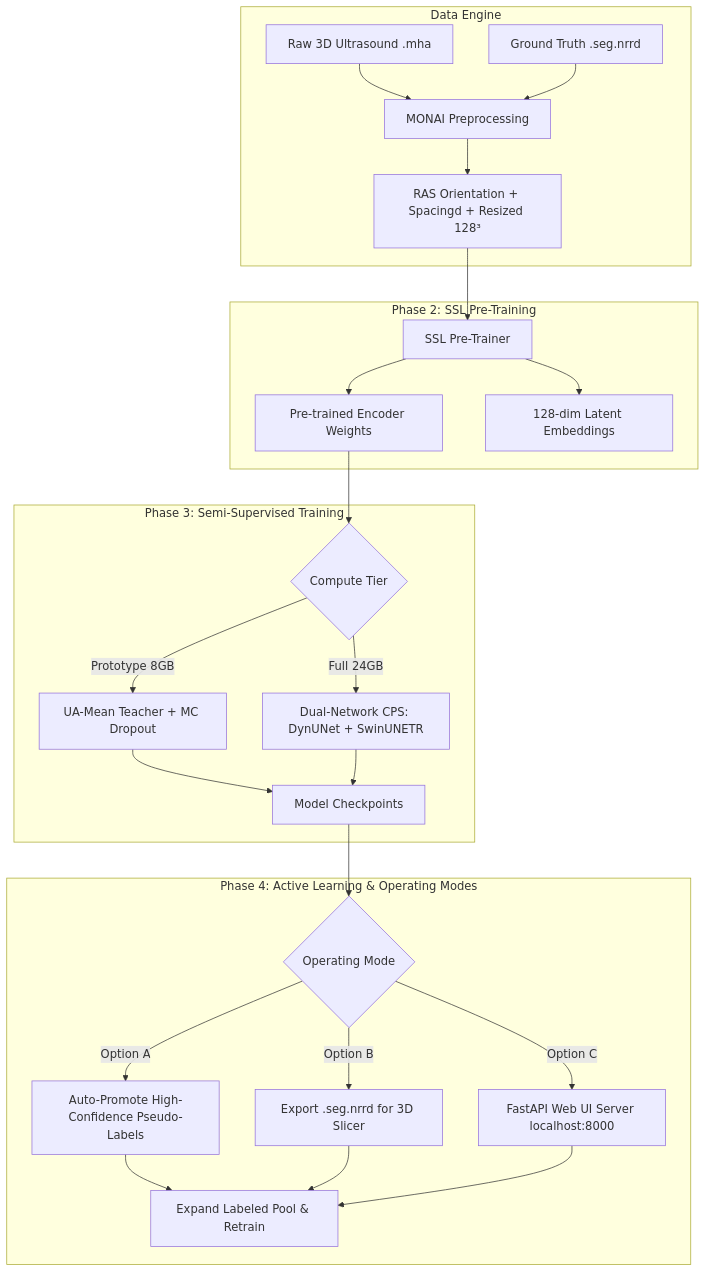
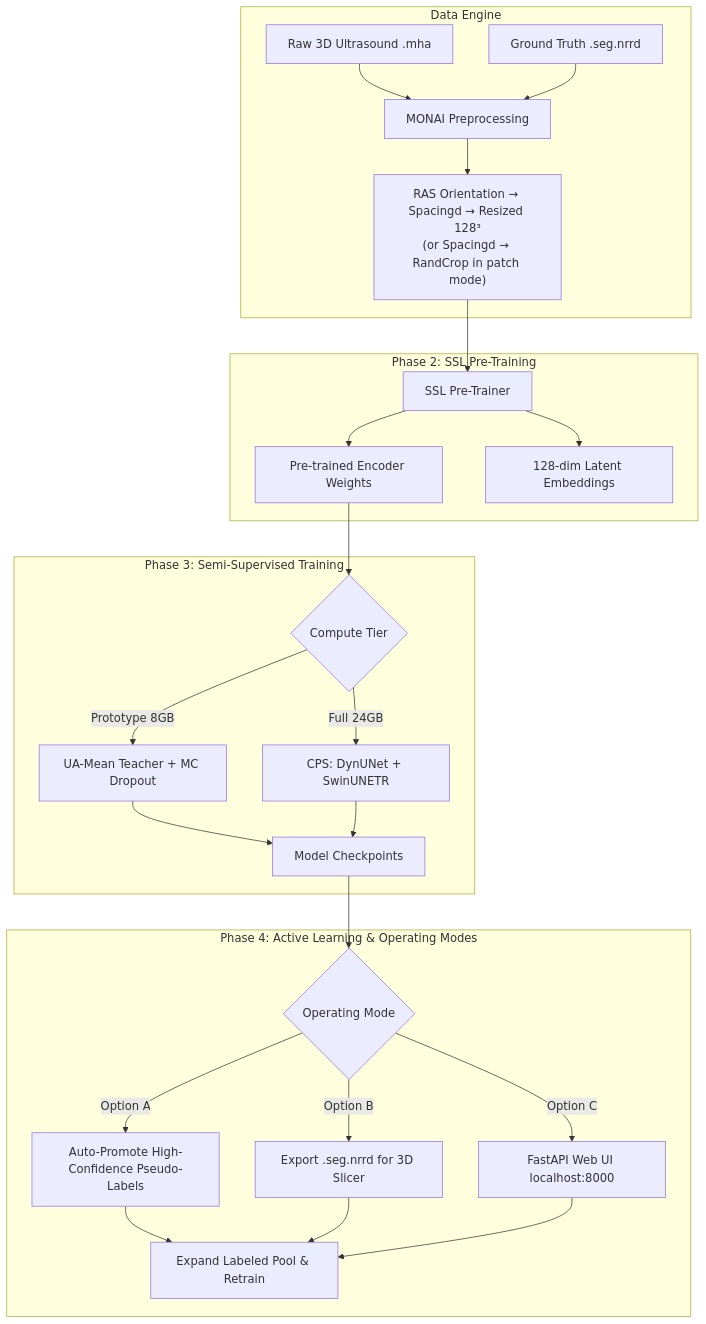
One commit to adityasingh1993/ActiveLearning changed the diagram in README.md. Above: the diagram before and after it, drawn with Mermaid. The commit also changed other lines of this file and 4 other files, not shown here.

````diff
--- a/README.md
+++ b/README.md
@@ -42,32 +42,32 @@
 ```mermaid
 flowchart TD
     subgraph Data Engine
         A[Raw 3D Ultrasound .mha] --> B[MONAI Preprocessing]
         A2[Ground Truth .seg.nrrd] --> B
-        B --> C[RAS Orientation + Spacingd + Resized 128³]
+        B --> C["RAS Orientation → Spacingd → Resized 128³\n(or Spacingd → RandCrop in patch mode)"]
     end
 
     subgraph Phase 2: SSL Pre-Training
         C --> D[SSL Pre-Trainer]
         D --> E[Pre-trained Encoder Weights]
         D --> F[128-dim Latent Embeddings]
     end
 
     subgraph Phase 3: Semi-Supervised Training
         E --> G{Compute Tier}
         G -->|Prototype 8GB| H[UA-Mean Teacher + MC Dropout]
-        G -->|Full 24GB| I[Dual-Network CPS: DynUNet + SwinUNETR]
+        G -->|Full 24GB| I[CPS: DynUNet + SwinUNETR]
         H --> J[Model Checkpoints]
         I --> J
     end
 
     subgraph Phase 4: Active Learning & Operating Modes
         J --> K{Operating Mode}
         K -->|Option A| L[Auto-Promote High-Confidence Pseudo-Labels]
         K -->|Option B| M[Export .seg.nrrd for 3D Slicer]
-        K -->|Option C| N[FastAPI Web UI Server localhost:8000]
+        K -->|Option C| N[FastAPI Web UI localhost:8000]
         L --> O[Expand Labeled Pool & Retrain]
         M --> O
         N --> O
     end
 ```
````
